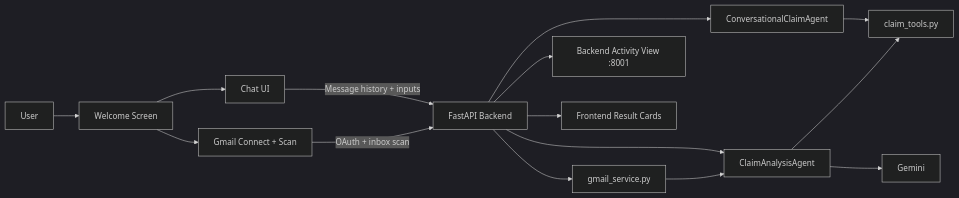
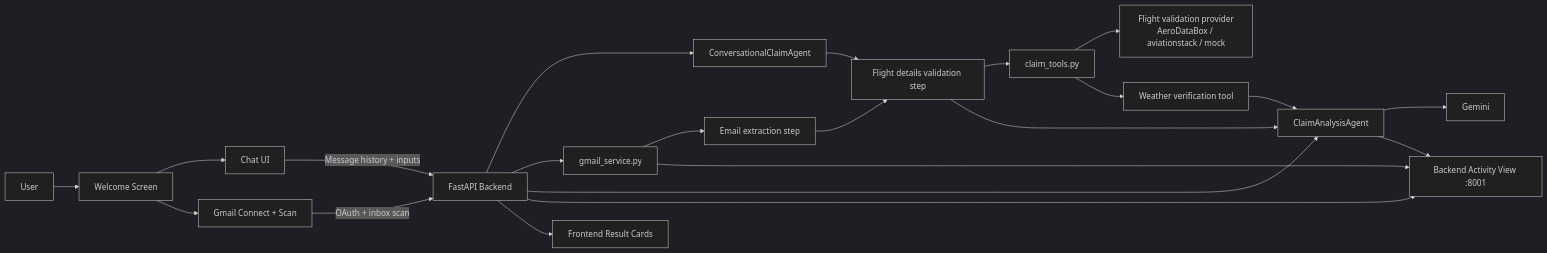
Before and after one commit to entertainingrover01/Flight_Agent_V2: the first of 4 diagrams in README.md, drawn with Mermaid (dark theme). The commit also changed other lines of this file, not shown here.

````diff
--- a/README.md
+++ b/README.md
@@ -46,21 +46,28 @@
 ```mermaid
 flowchart LR
     U["User"] --> W["Welcome Screen"]
     W --> C["Chat UI"]
     W --> G1["Gmail Connect + Scan"]
 
     C -->|"Message history + inputs"| API["FastAPI Backend"]
     G1 -->|"OAuth + inbox scan"| API
 
     API --> CHAT["ConversationalClaimAgent"]
     API --> GMAIL["gmail_service.py"]
     API --> CLAIM["ClaimAnalysisAgent"]
 
-    CHAT --> TOOLS["claim_tools.py"]
-    GMAIL --> CLAIM
-    CLAIM --> TOOLS
+    CHAT --> VALIDATE["Flight details validation step"]
+    GMAIL --> EXTRACT["Email extraction step"]
+    EXTRACT --> VALIDATE
+    VALIDATE --> TOOLS["claim_tools.py"]
+    TOOLS --> FLIGHTAPI["Flight validation provider<br/>AeroDataBox / aviationstack / mock"]
+    TOOLS --> WEATHER["Weather verification tool"]
     CLAIM --> GEM["Gemini"]
+    VALIDATE --> CLAIM
+    WEATHER --> CLAIM
 
     API --> DASH["Backend Activity View :8001"]
     API --> UI["Frontend Result Cards"]
+    CLAIM --> DASH
+    GMAIL --> DASH
 ```
````
